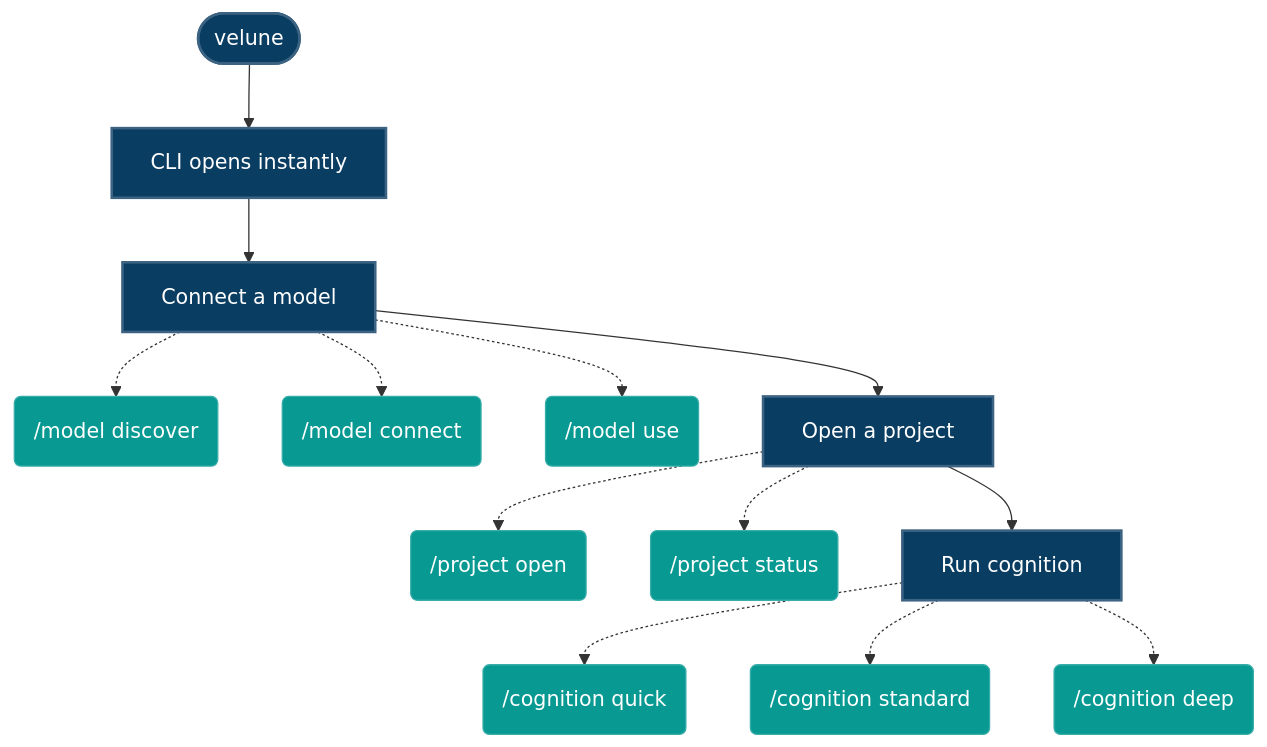
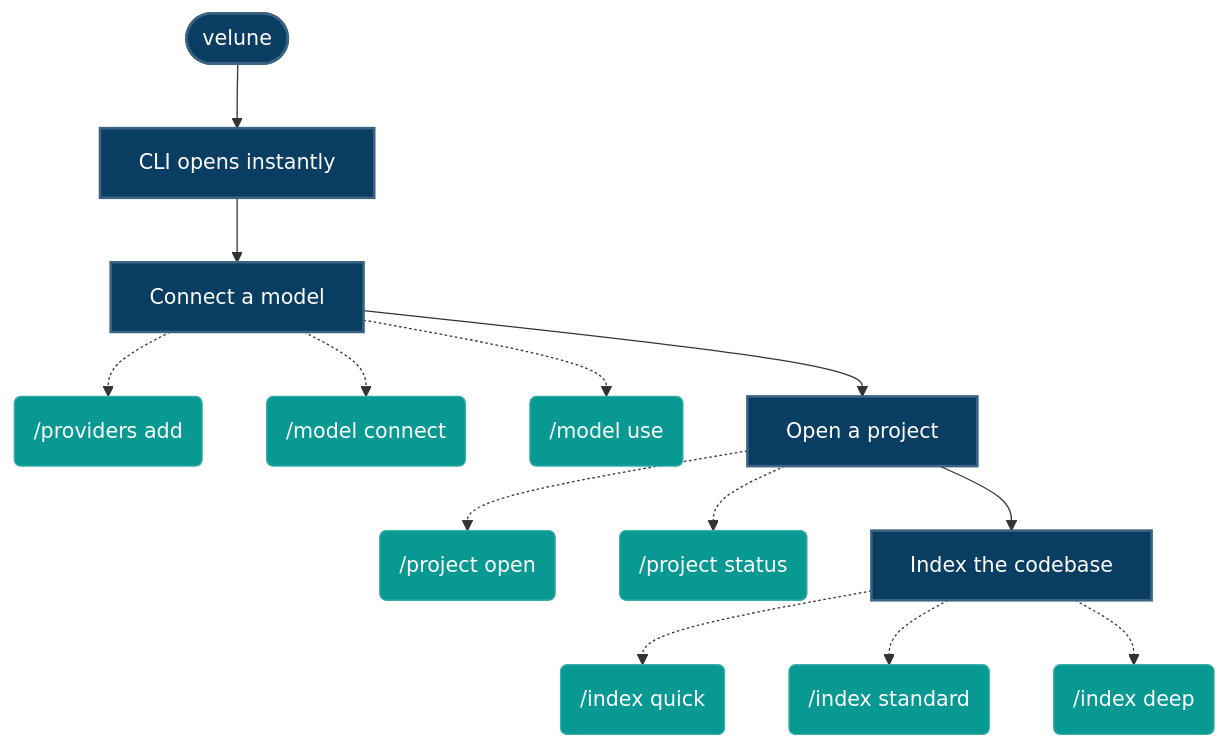
One commit to Surya-Hariharan/Velune-CLI changed the diagram in README.md. Above: the diagram before and after it, drawn with Mermaid. The commit also changed other lines of this file and 15 other files, not shown here.

````diff
--- a/README.md
+++ b/README.md
@@ -118,20 +155,20 @@
 ```mermaid
 flowchart TD
     Start([velune]) --> CLI[CLI opens instantly]
     CLI --> Connect[Connect a model]
-    Connect -.-> C1("`/model discover`")
-    Connect -.-> C2("`/model connect <id>`")
-    Connect -.-> C3("`/model use <id>`")
+    Connect -.-> C1("`/providers add`")
+    Connect -.-> C2("`/model connect`")
+    Connect -.-> C3("`/model use`")
     Connect --> Open[Open a project]
-    Open -.-> O1("`/project open <path>`")
+    Open -.-> O1("`/project open`")
     Open -.-> O2("`/project status`")
-    Open --> Cog[Run cognition]
-    Cog -.-> R1("`/cognition quick`")
-    Cog -.-> R2("`/cognition standard`")
-    Cog -.-> R3("`/cognition deep`")
-    
+    Open --> Cog[Index the codebase]
+    Cog -.-> R1("`/index quick`")
+    Cog -.-> R2("`/index standard`")
+    Cog -.-> R3("`/index deep`")
+
     classDef action fill:#0a3d62,stroke:#3c6382,stroke-width:2px,color:#fff;
     classDef cmd fill:#079992,stroke:#38ada9,stroke-width:1px,color:#fff;
     class Start,CLI,Connect,Open,Cog action;
     class C1,C2,C3,O1,O2,R1,R2,R3 cmd;
 ```
````
